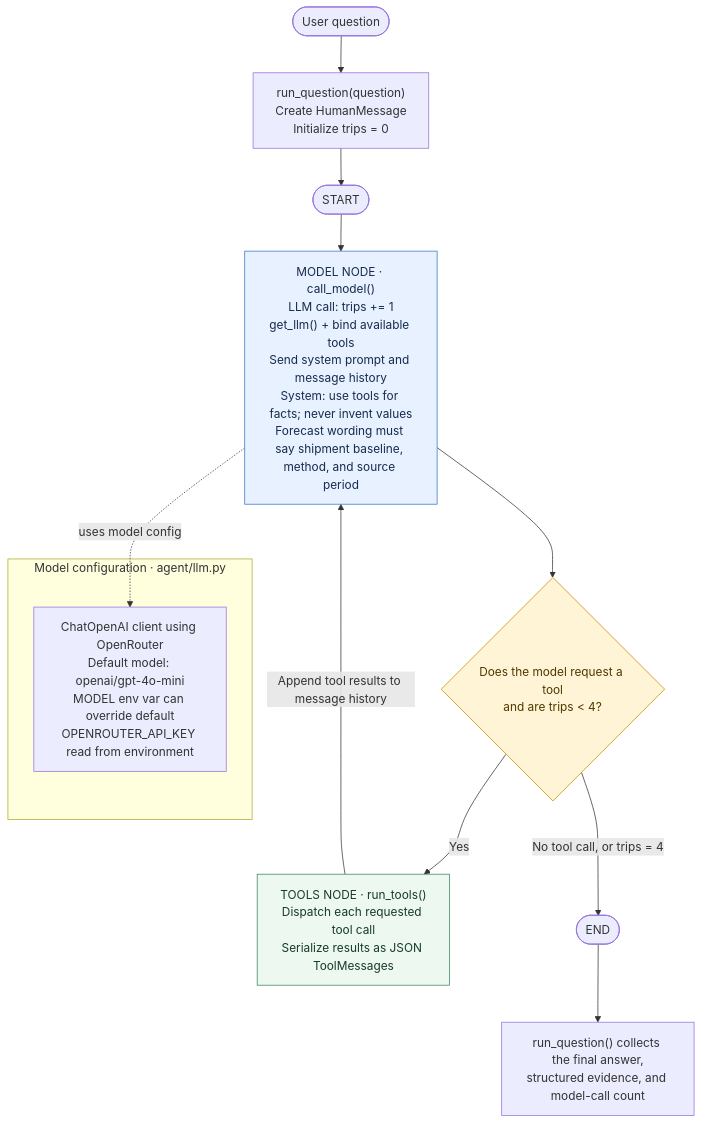
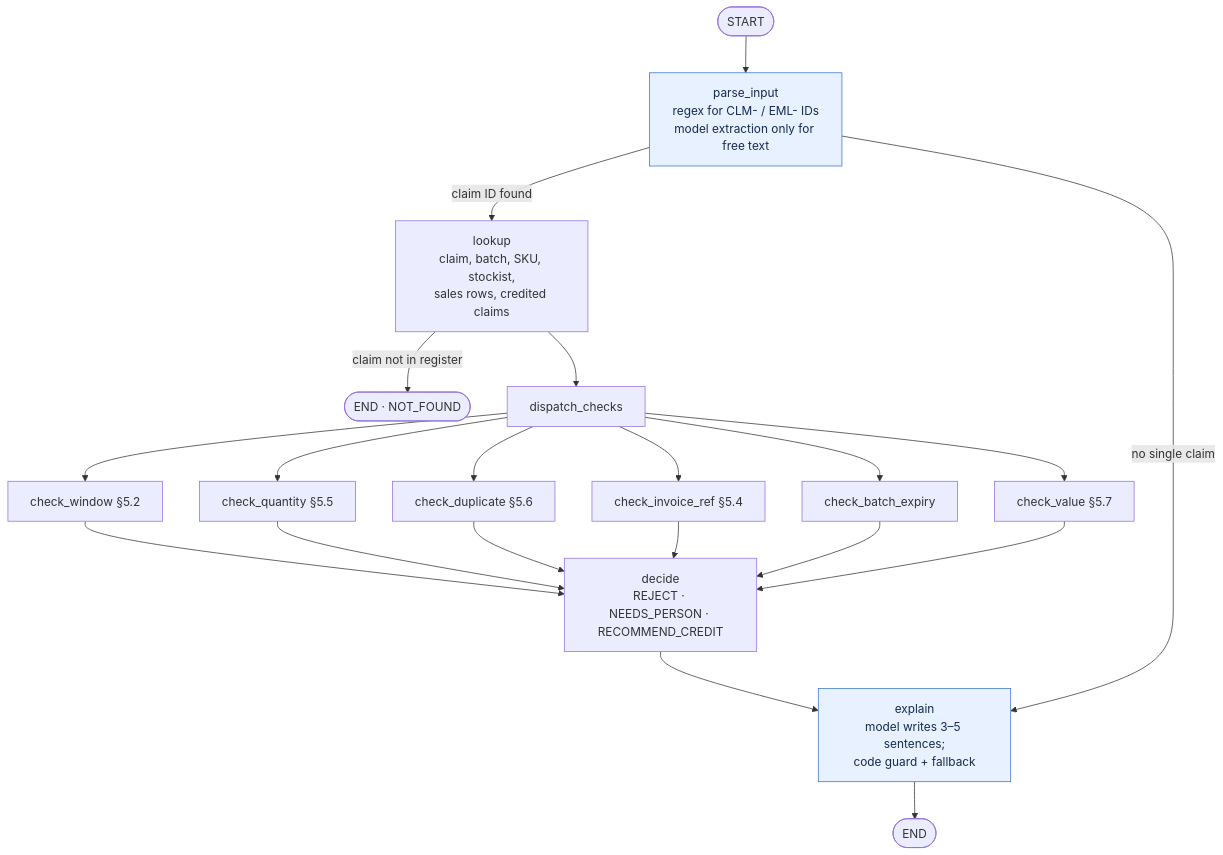
The diagram in pfizer-channel-engagement_learner-pack/discovery/Graph_mermaid.md (palashdange/Project_Pfizer), drawn with Mermaid before and after one commit. The commit also changed other lines of this file and 4 other files, not shown here.

First line of the commit message:
Rewrite architecture note from current graph; fix README health link; fill AGENTS.md

````diff
--- a/pfizer-channel-engagement_learner-pack/discovery/Graph_mermaid.md
+++ b/pfizer-channel-engagement_learner-pack/discovery/Graph_mermaid.md
@@ -5,24 +5,20 @@
 ```mermaid
 flowchart TD
-    User([User question]) --> Wrapper["run_question(question)<br/>Create HumanMessage<br/>Initialize trips = 0"]
-    Wrapper --> Start([START])
-    Start --> Model["MODEL NODE · call_model()<br/>LLM call: trips += 1<br/>get_llm() + bind available tools<br/>Send system prompt and message history<br/>System: use tools for facts; never invent values<br/>Forecast wording must say shipment baseline, method, and source period"]
-
-    Model --> Route{"Does the model request a tool<br/>and are trips &lt; 4?"}
-    Route -->|Yes| Tools["TOOLS NODE · run_tools()<br/>Dispatch each requested tool call<br/>Serialize results as JSON ToolMessages"]
-    Tools -->|Append tool results to message history| Model
-    Route -->|No tool call, or trips = 4| End([END])
-    End --> Collect["run_question() collects the final answer,<br/>structured evidence, and model-call count"]
-
-    subgraph ModelConfiguration["Model configuration · agent/llm.py"]
-        Provider["ChatOpenAI client using OpenRouter<br/>Default model: openai/gpt-4o-mini<br/>MODEL env var can override default<br/>OPENROUTER_API_KEY read from environment"]
-    end
-    Model -.->|uses model config| Provider
+    S([START]) --> P["parse_input<br/>regex for CLM- / EML- IDs<br/>model extraction only for free text"]
+    P -->|claim ID found| L["lookup<br/>claim, batch, SKU, stockist,<br/>sales rows, credited claims"]
+    P -->|no single claim| E
+    L -->|claim not in register| X([END · NOT_FOUND])
+    L --> D[dispatch_checks]
+    D --> C1["check_window §5.2"]
+    D --> C2["check_quantity §5.5"]
+    D --> C3["check_duplicate §5.6"]
+    D --> C4["check_invoice_ref §5.4"]
+    D --> C5["check_batch_expiry"]
+    D --> C6["check_value §5.7"]
+    C1 & C2 & C3 & C4 & C5 & C6 --> DEC["decide<br/>REJECT · NEEDS_PERSON · RECOMMEND_CREDIT"]
+    DEC --> E["explain<br/>model writes 3–5 sentences;<br/>code guard + fallback"]
+    E --> Z([END])
 
     classDef llm fill:#e8f1ff,stroke:#3973c6,color:#172b4d
-    classDef tool fill:#edf8f1,stroke:#39845a,color:#173c25
-    classDef decision fill:#fff4d6,stroke:#c68a00,color:#503900
-    class Model llm
-    class Tools tool
-    class Route decision
+    class P,E llm
 ```
````
